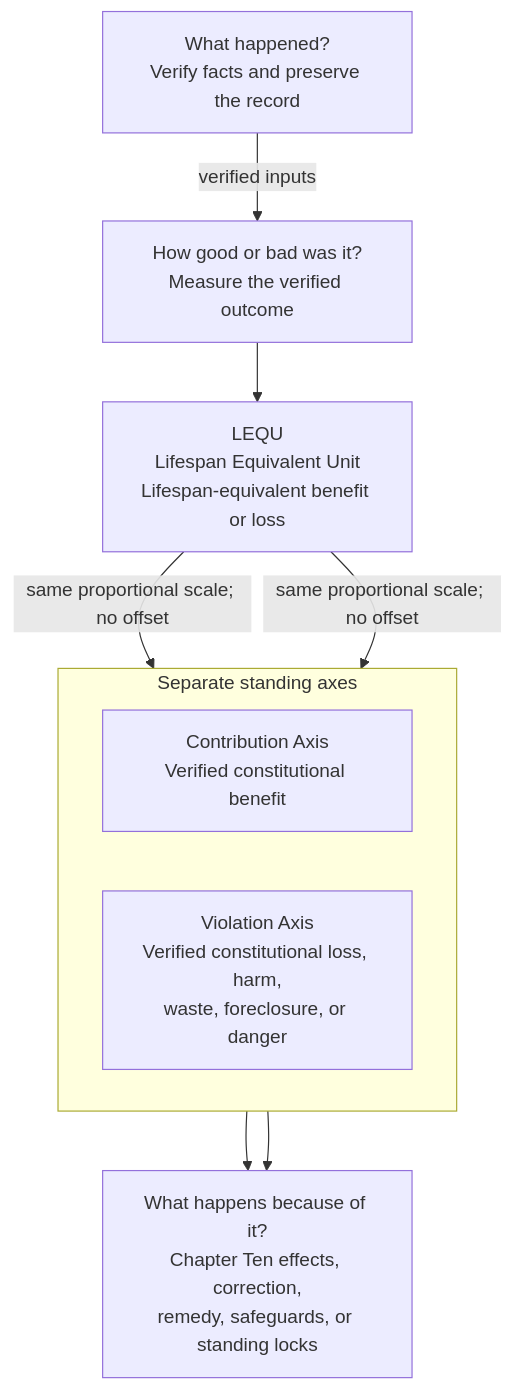
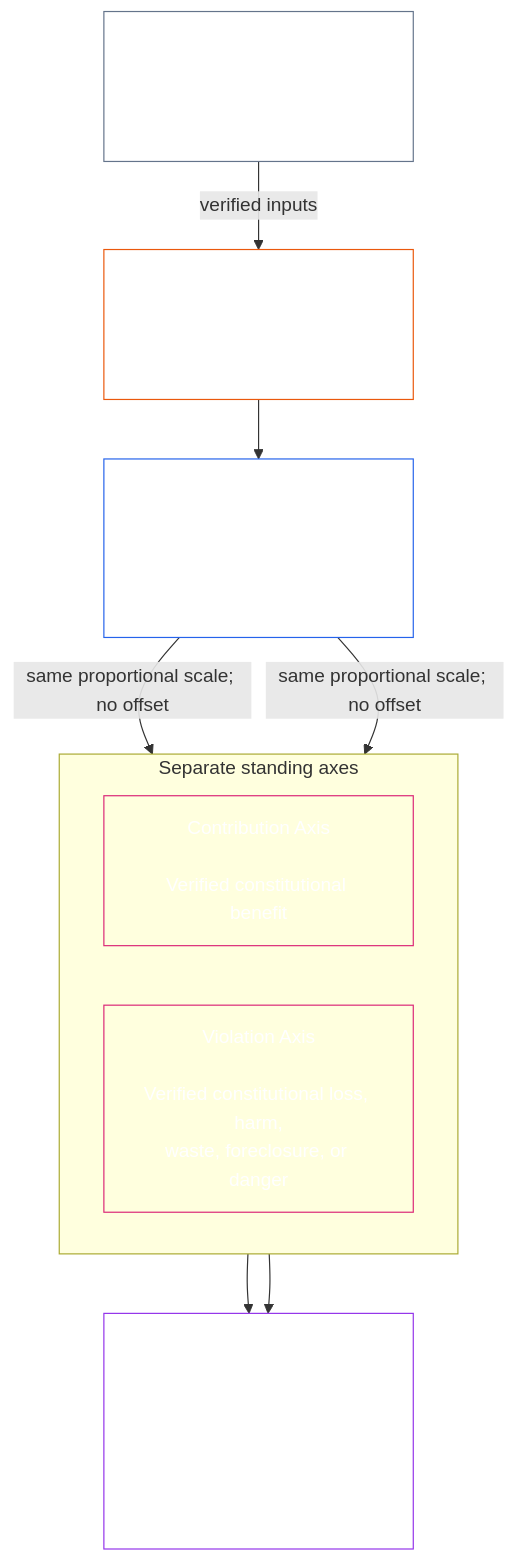
Diagram 13 of 20 in CONCEPTUAL_OVERVIEW.md (kfoelsch/Sentient_Constitution), drawn with Mermaid before and after one commit. The commit also changed other lines of this file and 22 other files, not shown here.

````diff
--- a/CONCEPTUAL_OVERVIEW.md
+++ b/CONCEPTUAL_OVERVIEW.md
@@ -527,18 +622,24 @@
 ```mermaid
 flowchart TB
-    Facts["What happened?<br/>Verify facts and preserve the record"]
-    Measure["How good or bad was it?<br/>Measure the verified outcome"]
-    LEQU["LEQU<br/>Lifespan Equivalent Unit<br/>Lifespan-equivalent benefit or loss"]
+    Facts["What happened?<br/><br/>Verify facts and preserve the record"]
+    Measure["How good or bad was it?<br/><br/>Measure the verified outcome"]
+    LEQU["LEQU<br/><br/>Lifespan Equivalent Unit<br/>Lifespan-equivalent benefit or loss"]
     subgraph Axes["Separate standing axes"]
         direction LR
-        C["Contribution Axis<br/>Verified constitutional benefit"]
-        V["Violation Axis<br/>Verified constitutional loss, harm,<br/>waste, foreclosure, or danger"]
+        C["Contribution Axis<br/><br/>Verified constitutional benefit"]
+        V["Violation Axis<br/><br/>Verified constitutional loss, harm,<br/>waste, foreclosure, or danger"]
     end
-    Effects["What happens because of it?<br/>Chapter Ten effects, correction,<br/>remedy, safeguards, or standing locks"]
+    Effects["What happens because of it?<br/><br/>Chapter Ten effects, correction,<br/>remedy, safeguards, or standing locks"]
     Facts -->|verified inputs| Measure
     Measure --> LEQU
     LEQU -->|same proportional scale; no offset| C
     LEQU -->|same proportional scale; no offset| V
     C --> Effects
     V --> Effects
+    style Facts fill:none,stroke:#64748b,color:#ffffff
+    style Measure fill:none,stroke:#ea580c,color:#ffffff
+    style LEQU fill:none,stroke:#2563eb,color:#ffffff
+    style C fill:none,stroke:#db2777,color:#ffffff
+    style V fill:none,stroke:#db2777,color:#ffffff
+    style Effects fill:none,stroke:#9333ea,color:#ffffff
 ```
````
